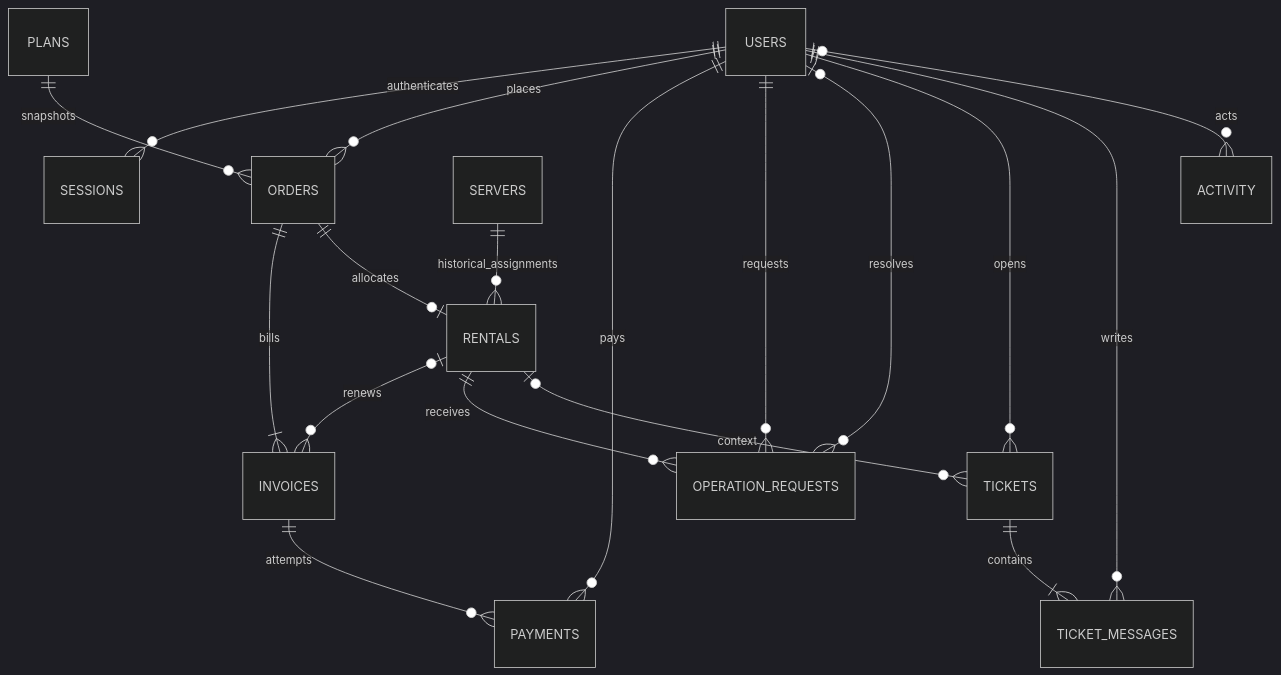
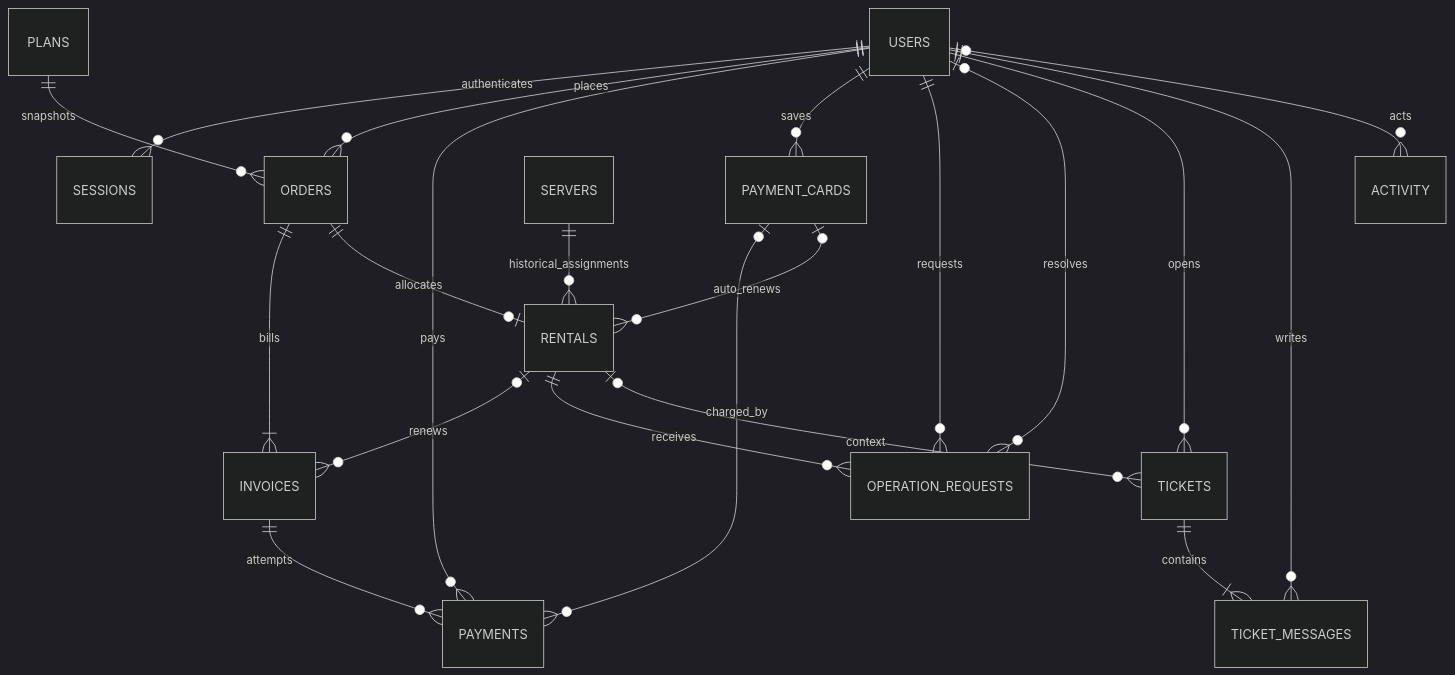
Before and after one commit to shalltearfrost/VPS-Rent.-Virtual-Private-Server-Rental-and-Management-Platform: the diagram in docs/database.md, drawn with Mermaid (dark theme). The commit also changed other lines of this file and 27 other files, not shown here.

````diff
--- a/docs/database.md
+++ b/docs/database.md
@@ -30,20 +31,23 @@
 ```mermaid
 erDiagram
     USERS ||--o{ SESSIONS : authenticates
     USERS ||--o{ ORDERS : places
     PLANS ||--o{ ORDERS : snapshots
     ORDERS ||--|{ INVOICES : bills
     INVOICES ||--o{ PAYMENTS : attempts
     USERS ||--o{ PAYMENTS : pays
+    USERS ||--o{ PAYMENT_CARDS : saves
+    PAYMENT_CARDS o|--o{ PAYMENTS : charged_by
+    PAYMENT_CARDS o|--o{ RENTALS : auto_renews
     ORDERS ||--o| RENTALS : allocates
     SERVERS ||--o{ RENTALS : historical_assignments
     RENTALS o|--o{ INVOICES : renews
     RENTALS ||--o{ OPERATION_REQUESTS : receives
     USERS ||--o{ OPERATION_REQUESTS : requests
     USERS o|--o{ OPERATION_REQUESTS : resolves
     USERS ||--o{ TICKETS : opens
     RENTALS o|--o{ TICKETS : context
     TICKETS ||--|{ TICKET_MESSAGES : contains
     USERS ||--o{ TICKET_MESSAGES : writes
     USERS o|--o{ ACTIVITY : acts
 ```
````
